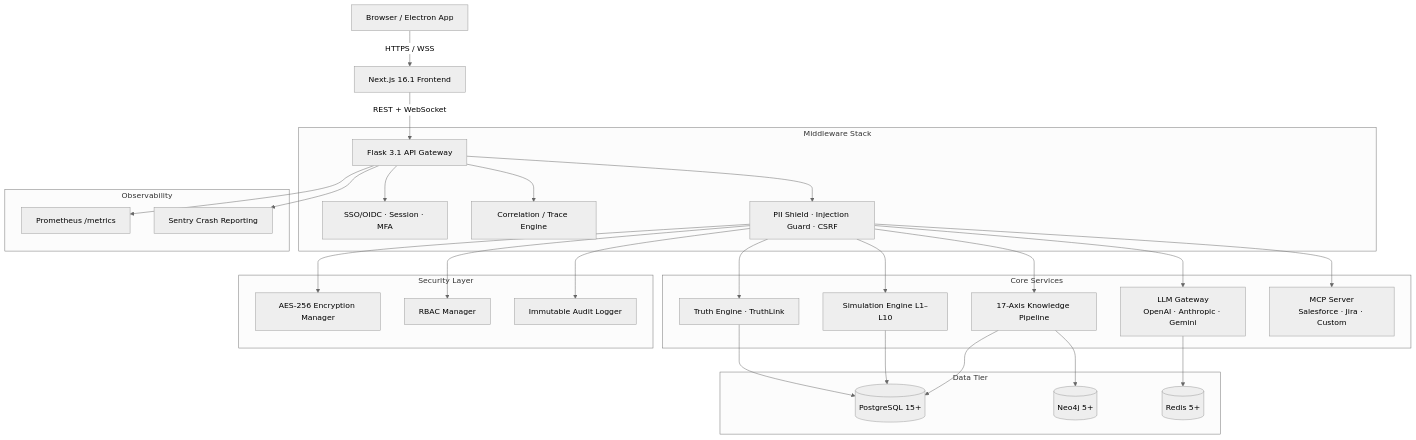
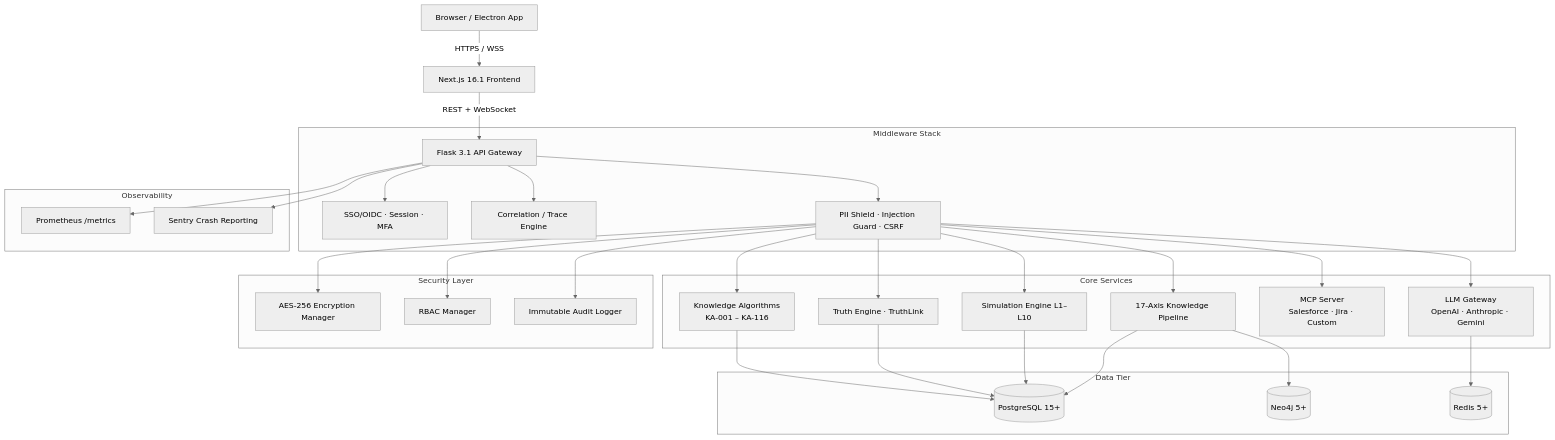
Before and after one commit to kherrera6219/DataLogicEngine: the diagram in README.md, drawn with Mermaid (neutral theme). The commit also changed other lines of this file and 1 other file, not shown here.

````diff
--- a/README.md
+++ b/README.md
@@ -218,39 +408,41 @@
 ```mermaid
 graph TD
     Client[Browser / Electron App] -->|HTTPS / WSS| FE[Next.js 16.1 Frontend]
 
     FE -->|REST + WebSocket| API[Flask 3.1 API Gateway]
 
     subgraph "Middleware Stack"
         API --> AUTH[SSO/OIDC · Session · MFA]
         API --> TRACE[Correlation / Trace Engine]
         API --> SEC[PII Shield · Injection Guard · CSRF]
     end
 
     subgraph "Core Services"
         SEC --> GW[LLM Gateway<br/>OpenAI · Anthropic · Gemini]
         SEC --> UKG[17-Axis Knowledge Pipeline]
         SEC --> SIM[Simulation Engine L1–L10]
         SEC --> TRUTH[Truth Engine · TruthLink]
         SEC --> MCP[MCP Server<br/>Salesforce · Jira · Custom]
+        SEC --> KA[Knowledge Algorithms<br/>KA-001 – KA-116]
     end
 
     subgraph "Data Tier"
         UKG --> PG[(PostgreSQL 15+)]
         UKG --> NEO[(Neo4j 5+)]
         GW --> REDIS[(Redis 5+)]
         SIM --> PG
         TRUTH --> PG
+        KA --> PG
     end
 
     subgraph "Security Layer"
         SEC --> ENC[AES-256 Encryption Manager]
         SEC --> RBAC[RBAC Manager]
         SEC --> AUDIT[Immutable Audit Logger]
     end
 
     subgraph "Observability"
         API --> PROM[Prometheus /metrics]
         API --> SENTRY[Sentry Crash Reporting]
     end
 ```
````
